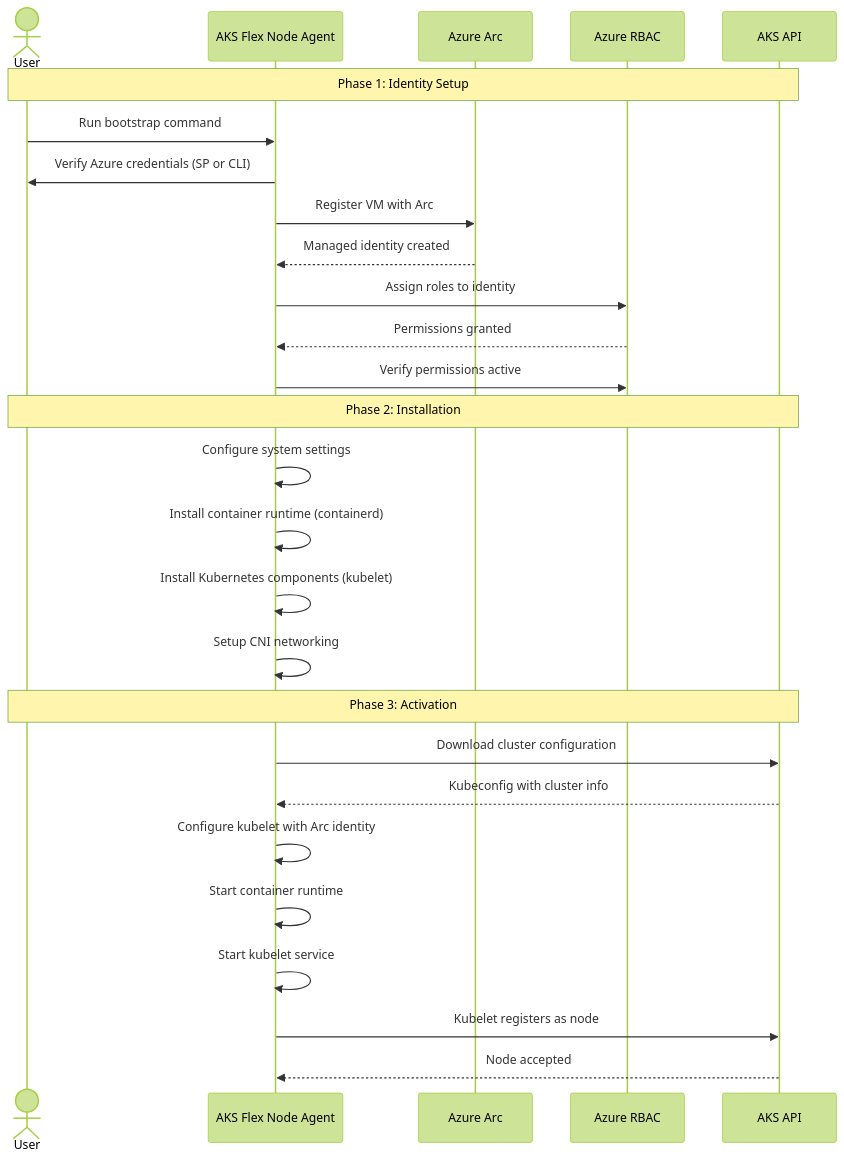
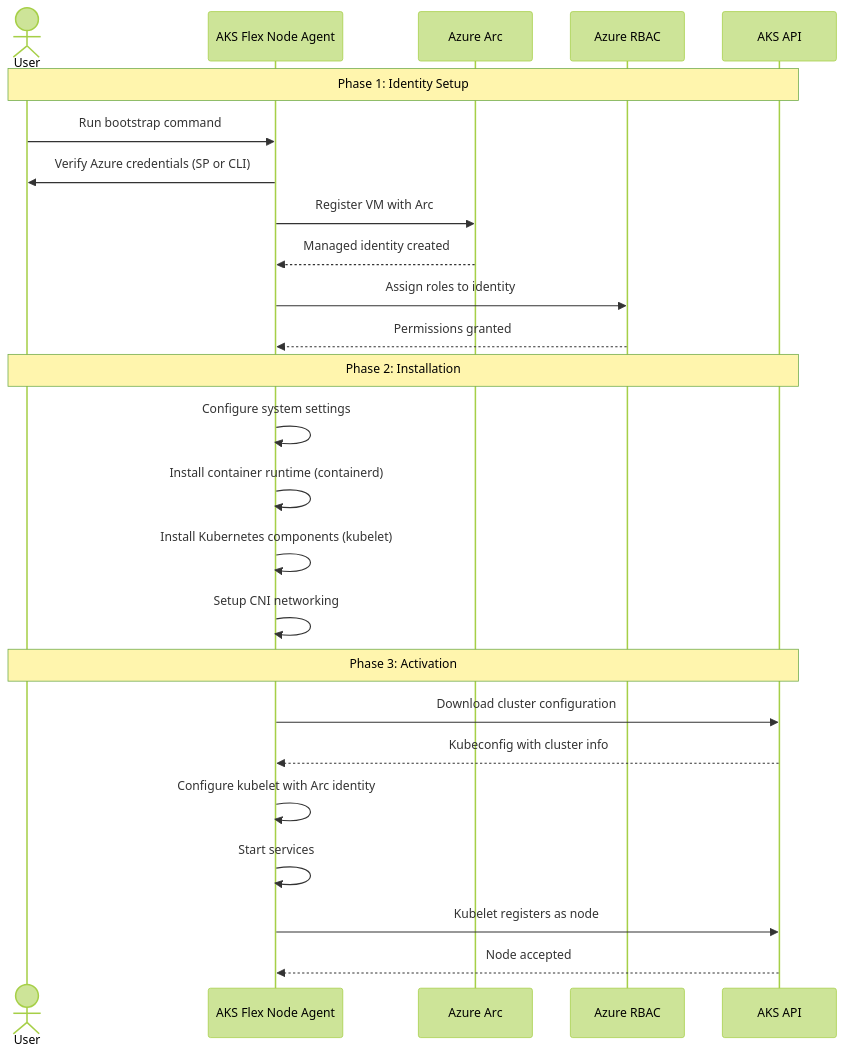
The fourth of 4 diagrams in ARCHITECTURE.md (Azure/AKSFlexNode), drawn with Mermaid (forest theme) before and after one commit. The commit also changed other lines of this file, not shown here.

First line of the commit message:
Add comprehensive architecture documentation

````diff
--- a/ARCHITECTURE.md
+++ b/ARCHITECTURE.md
@@ -276,32 +235,30 @@
 ```mermaid
 sequenceDiagram
     actor User
     participant Agent as AKS Flex Node Agent
     participant Arc as Azure Arc
     participant RBAC as Azure RBAC
     participant AKS as AKS API
 
     Note over User,AKS: Phase 1: Identity Setup
     User->>Agent: Run bootstrap command
     Agent->>User: Verify Azure credentials (SP or CLI)
     Agent->>Arc: Register VM with Arc
     Arc-->>Agent: Managed identity created
     Agent->>RBAC: Assign roles to identity
     RBAC-->>Agent: Permissions granted
-    Agent->>RBAC: Verify permissions active
 
     Note over User,AKS: Phase 2: Installation
     Agent->>Agent: Configure system settings
     Agent->>Agent: Install container runtime (containerd)
     Agent->>Agent: Install Kubernetes components (kubelet)
     Agent->>Agent: Setup CNI networking
 
     Note over User,AKS: Phase 3: Activation
     Agent->>AKS: Download cluster configuration
     AKS-->>Agent: Kubeconfig with cluster info
     Agent->>Agent: Configure kubelet with Arc identity
-    Agent->>Agent: Start container runtime
-    Agent->>Agent: Start kubelet service
+    Agent->>Agent: Start services
     Agent->>AKS: Kubelet registers as node
     AKS-->>Agent: Node accepted
 ```
````
